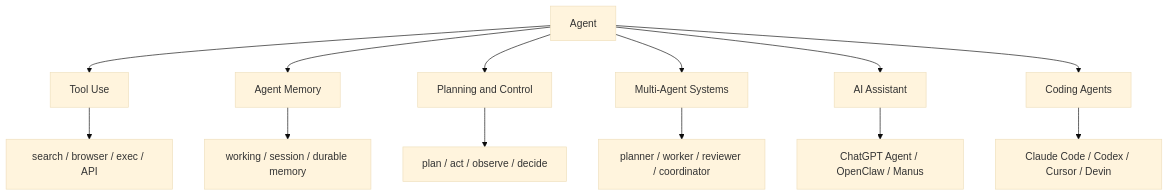
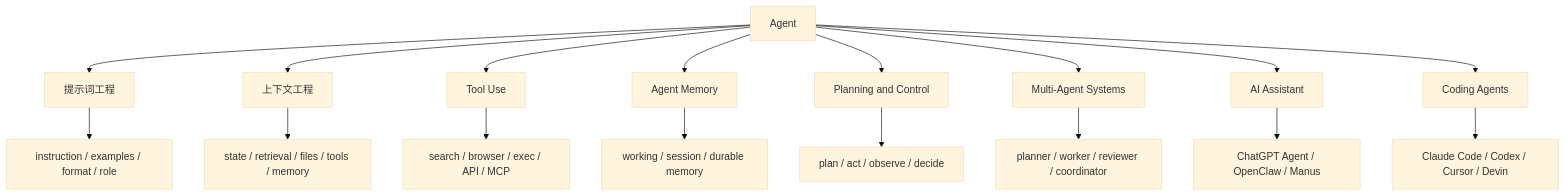
The diagram in 01-Areas/AI-Learning/07-Maps/AI Agent Capability Map.md (superliyang/tony-2026), drawn with Mermaid (base theme) before and after one commit. The commit also changed other lines of this file and 17 other files, not shown here.

````diff
--- a/01-Areas/AI-Learning/07-Maps/AI Agent Capability Map.md
+++ b/01-Areas/AI-Learning/07-Maps/AI Agent Capability Map.md
@@ -14,16 +14,20 @@
 ```mermaid
 flowchart TD
-  A["Agent"] --> B["Tool Use"]
+  A["Agent"] --> P["提示词工程"]
+  A --> Q["上下文工程"]
+  A --> B["Tool Use"]
   A --> C["Agent Memory"]
   A --> D["Planning and Control"]
   A --> E["Multi-Agent Systems"]
   A --> F["AI Assistant"]
   A --> G["Coding Agents"]
 
-  B --> B1["search / browser / exec / API"]
+  P --> P1["instruction / examples / format / role"]
+  Q --> Q1["state / retrieval / files / tools / memory"]
+  B --> B1["search / browser / exec / API / MCP"]
   C --> C1["working / session / durable memory"]
   D --> D1["plan / act / observe / decide"]
   E --> E1["planner / worker / reviewer / coordinator"]
   G --> G1["Claude Code / Codex / Cursor / Devin"]
   F --> F1["ChatGPT Agent / OpenClaw / Manus"]
 ```
````
